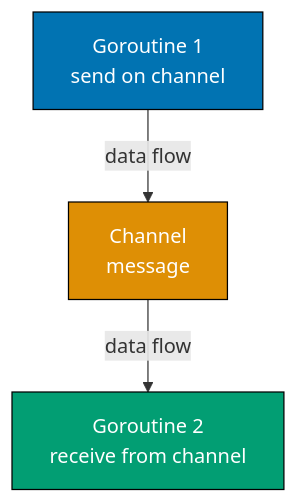
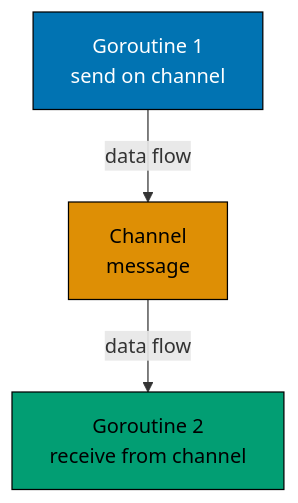
The fourth of 12 diagrams in apps/ayokoding-www/content/en/learn/legacy/software-engineering/programming-languages/golang/by-example/intermediate.md (wahidyankf/ose-public), drawn with Mermaid before and after one commit. The commit also changed other lines of this file and 112 other files, not shown here.

First line of the commit message:
fix(mermaid): bring the legacy programming-languages diagrams onto the accessible palette

````diff
--- a/apps/ayokoding-www/content/en/learn/legacy/software-engineering/programming-languages/golang/by-example/intermediate.md
+++ b/apps/ayokoding-www/content/en/learn/legacy/software-engineering/programming-languages/golang/by-example/intermediate.md
@@ -529,14 +550,20 @@
 ```mermaid
 %% Color Palette: Blue #0173B2, Orange #DE8F05, Teal #029E73, Purple #CC78BC, Brown #CA9161
 graph TD
+    accTitle: Example 35: Channels
+    accDescr: Graph with 3 nodes and 2 connections. Nodes: Goroutine 1 send on channel, Channel message, Goroutine 2 receive from channel. Connections: Goroutine 1 send on channel to Channel message (data flow), Channel message to Goroutine 2 receive from channel (data flow).
     A["Goroutine 1<br/>send on channel"]
     B["Channel<br/>message"]
     C["Goroutine 2<br/>receive from channel"]
 
     A -->|data flow| B
     B -->|data flow| C
 
-    style A fill:#0173B2,stroke:#000,color:#fff
-    style B fill:#DE8F05,stroke:#000,color:#fff
-    style C fill:#029E73,stroke:#000,color:#fff
+    classDef pal-0173B2 fill:#0173B2,stroke:#000000,color:#FFFFFF
+    class A pal-0173B2
+    classDef pal-DE8F05 fill:#DE8F05,stroke:#000000,color:#000000
+    class B pal-DE8F05
+    classDef pal-029E73 fill:#029E73,stroke:#000000,color:#000000
+    class C pal-029E73
+    classDef default fill:#FFFFFF,stroke:#000000,color:#000000
 ```
````
